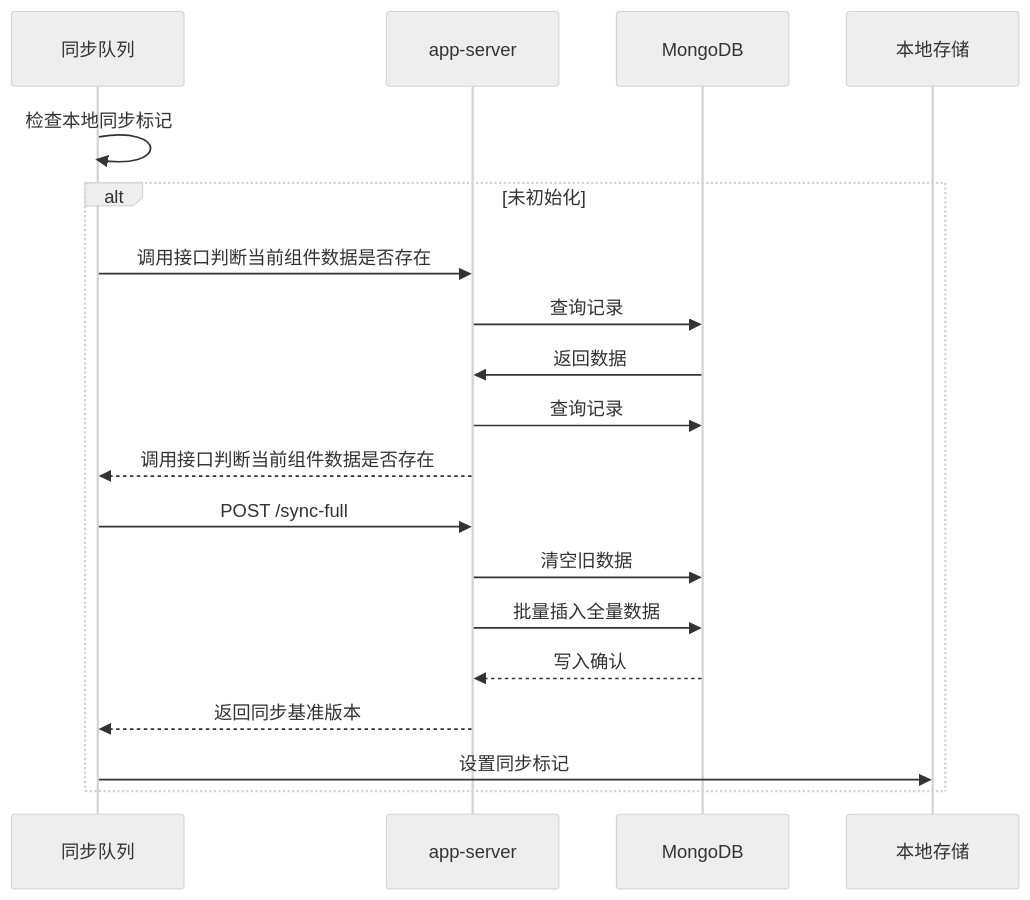
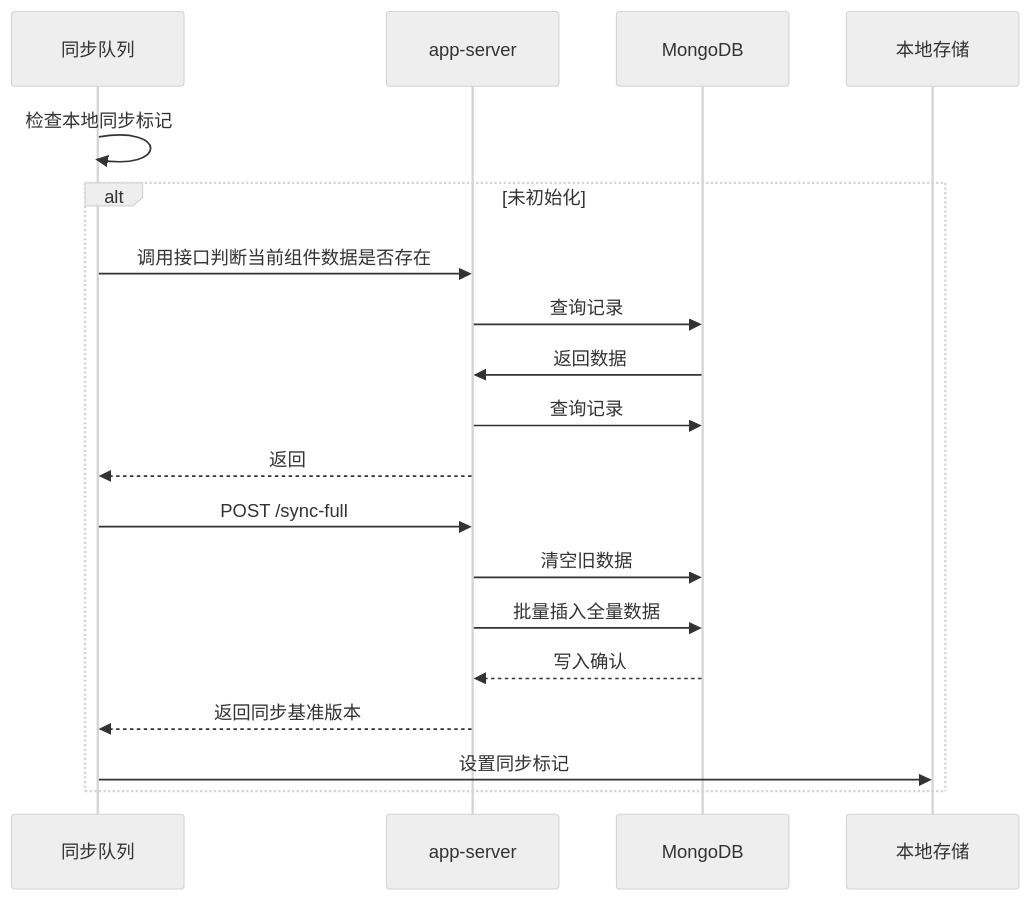
The diagram in all/未命名-24.md (yingjianzh/iodraw-files), drawn with Mermaid (neutral theme) before and after one commit.

Commit message:
2025-02-21 18:27:36 update

````diff
--- a/all/未命名-24.md
+++ b/all/未命名-24.md
@@ -1,21 +1,21 @@
 ```mermaid
 sequenceDiagram
     participant 同步队列
     participant app-server
     participant MongoDB
 
     同步队列->>同步队列: 检查本地同步标记
     alt 未初始化
         同步队列->>app-server: 调用接口判断当前组件数据是否存在
         app-server->>MongoDB: 查询记录
         MongoDB->>app-server: 返回数据
         app-server->>MongoDB: 查询记录
-        app-server-->>同步队列: 调用接口判断当前组件数据是否存在
+        app-server-->>同步队列: 返回
         同步队列->>app-server: POST /sync-full
         app-server->>MongoDB: 清空旧数据
         app-server->>MongoDB: 批量插入全量数据
         MongoDB-->>app-server: 写入确认
         app-server-->>同步队列: 返回同步基准版本
         同步队列->>本地存储: 设置同步标记
     end
 ```
````
